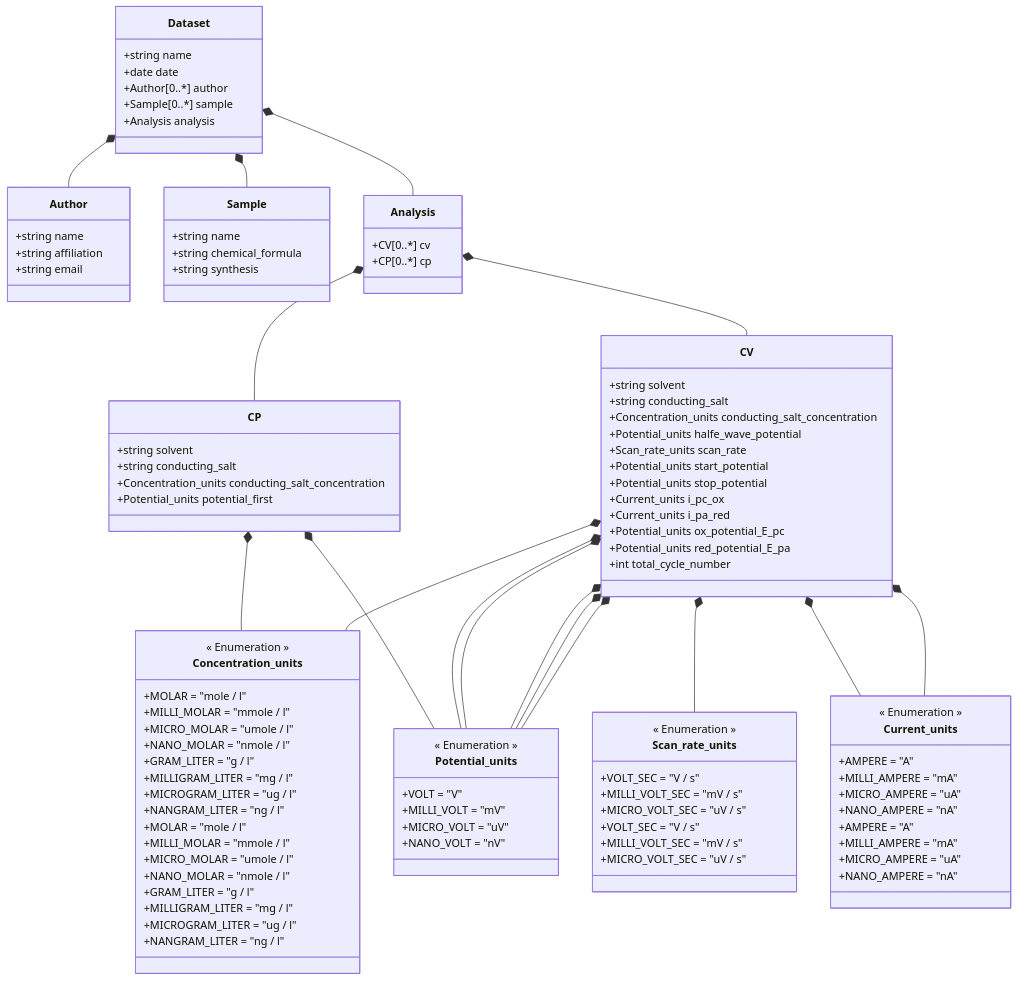
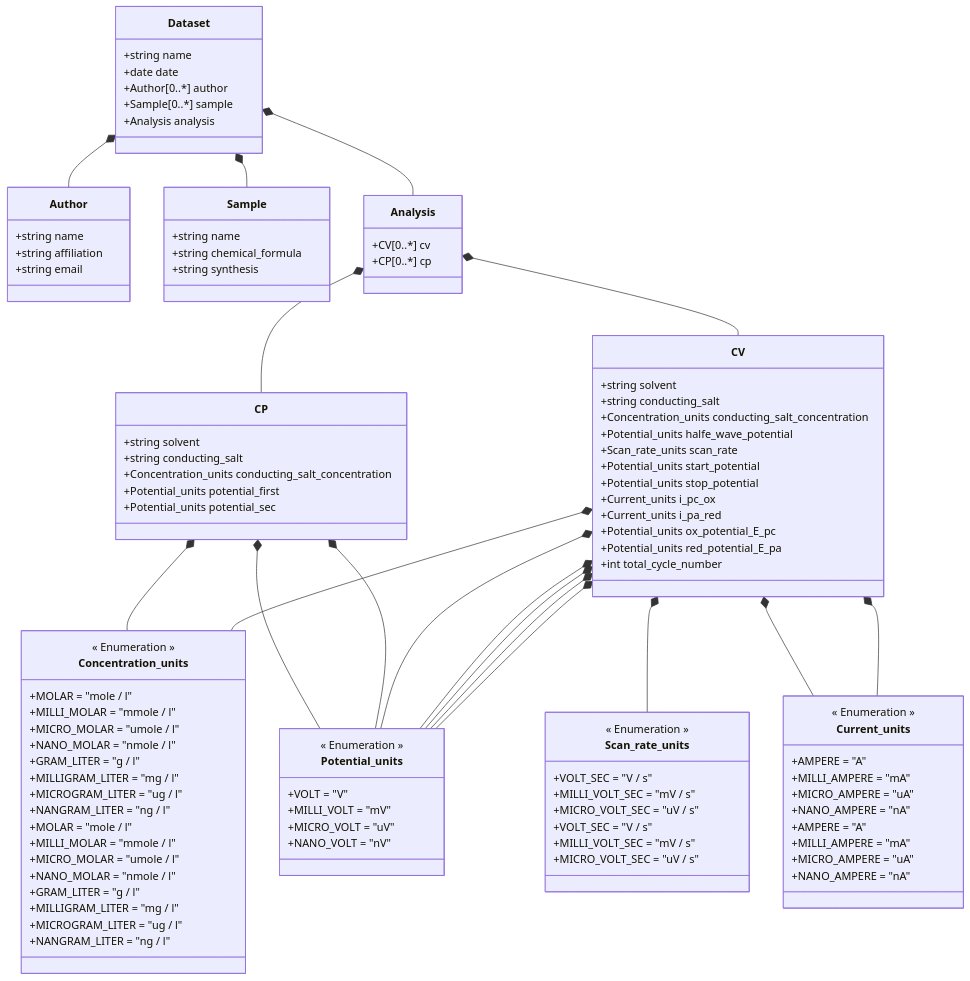
One commit to FAIRChemistry/datamodel-electrochemistry changed the diagram in ElectrochemistryDataModel/schemes/Datamodel for Electrochemistry.md. Above: the diagram before and after it, drawn with Mermaid. The commit also changed 7 other files, not shown here.

```diff
--- a/ElectrochemistryDataModel/schemes/Datamodel for Electrochemistry.md
+++ b/ElectrochemistryDataModel/schemes/Datamodel for Electrochemistry.md
@@ -6,6 +6,7 @@
     Analysis *-- CV
     Analysis *-- CP
     CP *-- Concentration_units
+    CP *-- Potential_units
     CP *-- Potential_units
     CV *-- Concentration_units
     CV *-- Potential_units
@@ -41,6 +42,7 @@
         +string conducting_salt
         +Concentration_units conducting_salt_concentration
         +Potential_units potential_first
+        +Potential_units potential_sec
     }
     
     class CV {
```
